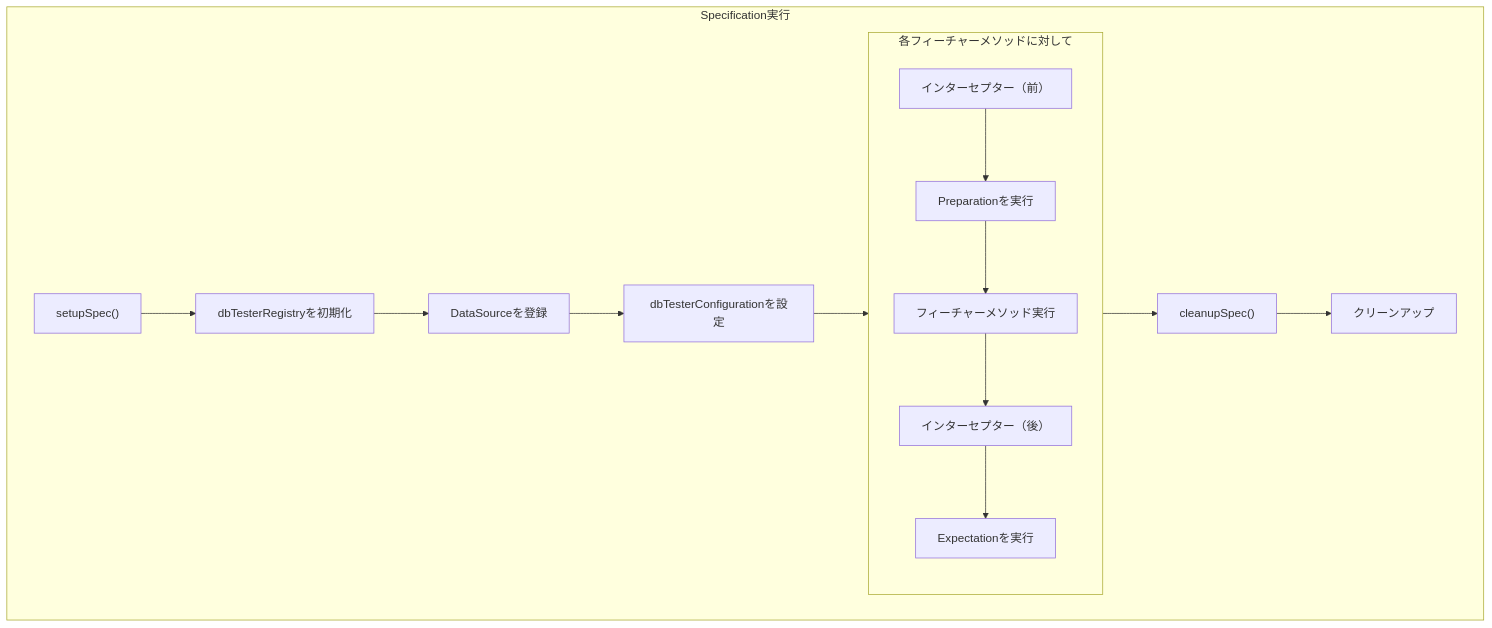
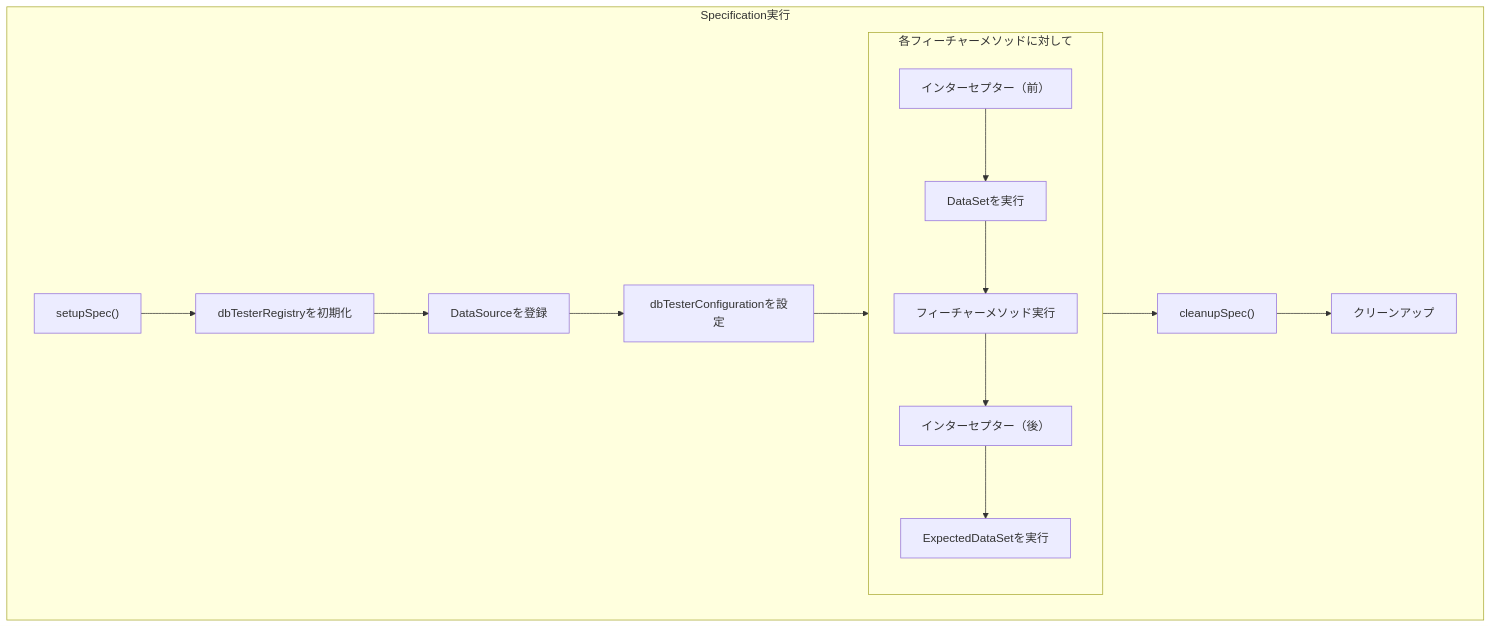
The second of 3 diagrams in docs/specs/ja/07-test-frameworks.md (dkazi/db-tester), drawn with Mermaid before and after one commit. The commit also changed other lines of this file and 198 other files, not shown here.

````diff
--- a/docs/specs/ja/07-test-frameworks.md
+++ b/docs/specs/ja/07-test-frameworks.md
@@ -530,21 +530,21 @@
 ```mermaid
 flowchart TD
     subgraph Specification実行
         SS["setupSpec()"]
         SS --> SS1[dbTesterRegistryを初期化]
         SS1 --> SS2[DataSourceを登録]
         SS2 --> SS3[dbTesterConfigurationを設定]
 
         subgraph each["各フィーチャーメソッドに対して"]
             INT1["インターセプター（前）"]
-            INT1 --> INT1A["Preparationを実行"]
+            INT1 --> INT1A["DataSetを実行"]
             INT1A --> FM[フィーチャーメソッド実行]
             FM --> INT2["インターセプター（後）"]
-            INT2 --> INT2A["Expectationを実行"]
+            INT2 --> INT2A["ExpectedDataSetを実行"]
         end
 
         SS3 --> each
         each --> CS["cleanupSpec()"]
         CS --> CS1[クリーンアップ]
     end
 ```
````
